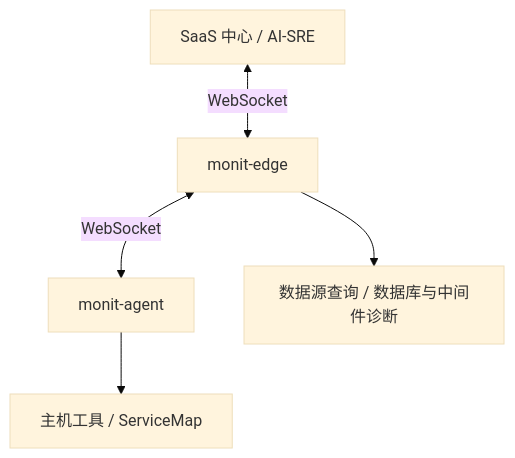
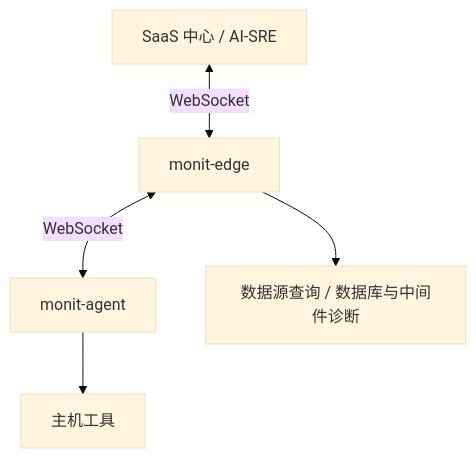
One commit to flashcatcloud/flashduty-docs changed the diagram in zh/monitors/targets/overview.mdx. Above: the diagram before and after it, drawn with Mermaid (base theme). The commit also changed other lines of this file and 22 other files, not shown here.

Commit message:
docs: remove ServiceMap documentation and OpenAPI

````diff
--- a/zh/monitors/targets/overview.mdx
+++ b/zh/monitors/targets/overview.mdx
@@ -27,7 +27,7 @@
 ```mermaid
 flowchart TD
   center["SaaS 中心 / AI-SRE"] <-->|WebSocket| edge["monit-edge"]
   edge <-->|WebSocket| agent["monit-agent"]
-  agent --> host["主机工具 / ServiceMap"]
+  agent --> host["主机工具"]
   edge --> datasource["数据源查询 / 数据库与中间件诊断"]
 ```
````
